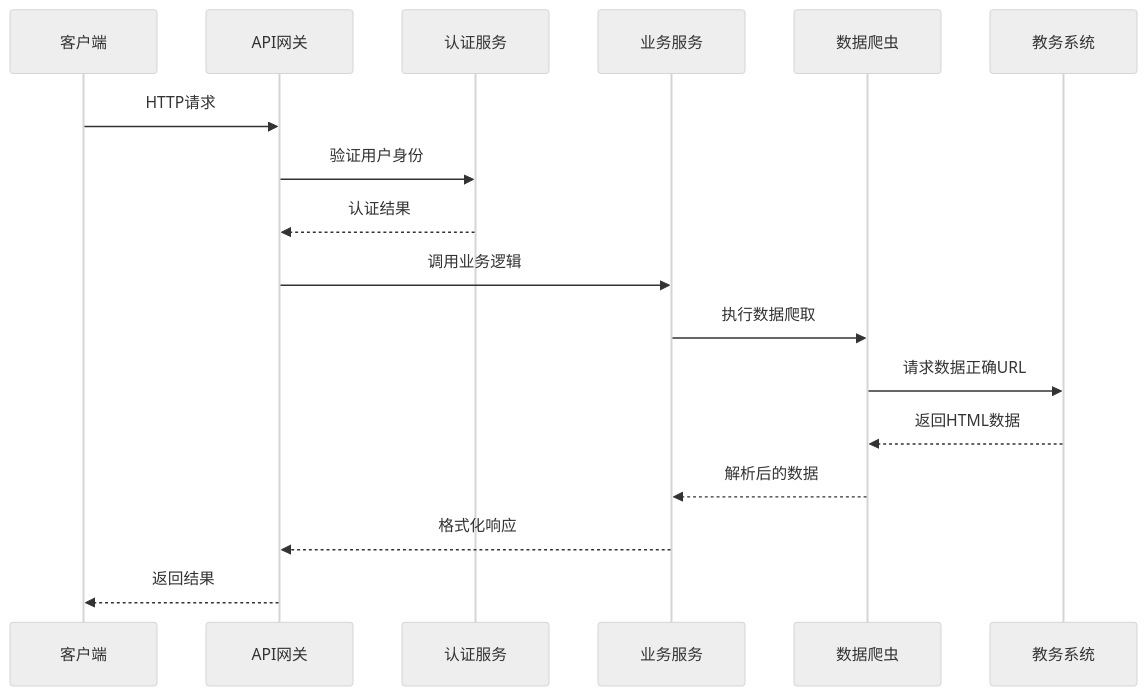
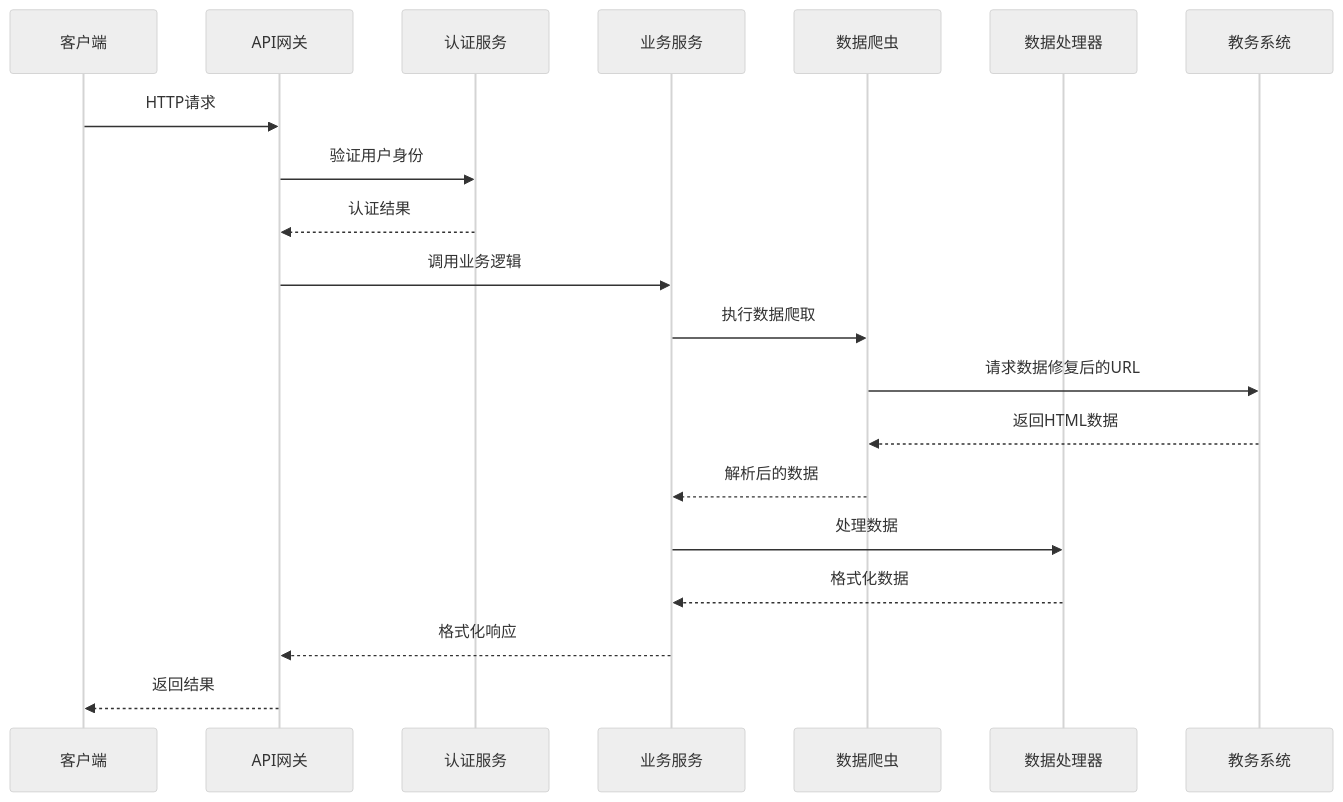
Before and after one commit to ghbbn053-ship-itsoulddog/soulddog: the second of 4 diagrams in .qoder/repowiki/zh/content/后端API文档/学术数据查询API/学术数据查询API.md, drawn with Mermaid (neutral theme). The commit also changed other lines of this file and 47 other files, not shown here.

````diff
--- a/.qoder/repowiki/zh/content/后端API文档/学术数据查询API/学术数据查询API.md
+++ b/.qoder/repowiki/zh/content/后端API文档/学术数据查询API/学术数据查询API.md
@@ -119,19 +130,22 @@
 ```mermaid
 sequenceDiagram
 participant Client as 客户端
 participant API as API网关
 participant Auth as 认证服务
 participant Service as 业务服务
 participant Scraper as 数据爬虫
+participant Processor as 数据处理器
 participant JWXT as 教务系统
 Client->>API : HTTP请求
 API->>Auth : 验证用户身份
 Auth-->>API : 认证结果
 API->>Service : 调用业务逻辑
 Service->>Scraper : 执行数据爬取
-Scraper->>JWXT : 请求数据正确URL
+Scraper->>JWXT : 请求数据修复后的URL
 JWXT-->>Scraper : 返回HTML数据
 Scraper-->>Service : 解析后的数据
+Service->>Processor : 处理数据
+Processor-->>Service : 格式化数据
 Service-->>API : 格式化响应
 API-->>Client : 返回结果
 ```
````
